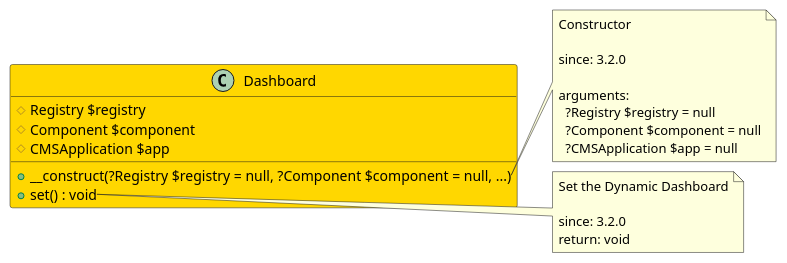
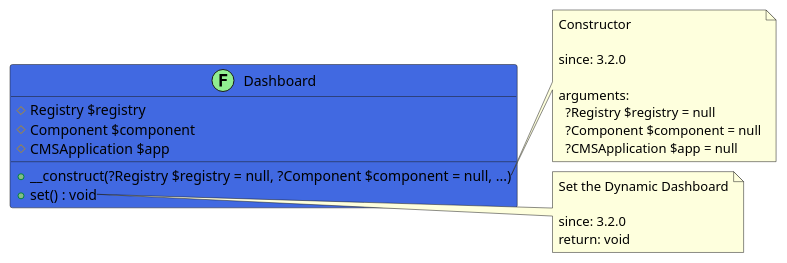
Before and after one commit to joomengine/jcb-compiler: the diagram in src/cfe62a32-8818-4bfb-8751-2f1e109b5336/README.md, drawn with PlantUML. The commit also changed other lines of this file and 725 other files, not shown here.

````diff
--- a/src/cfe62a32-8818-4bfb-8751-2f1e109b5336/README.md
+++ b/src/cfe62a32-8818-4bfb-8751-2f1e109b5336/README.md
@@ -11,30 +11,30 @@
 ```uml
 @startuml
-class Dashboard  #Gold {
+class Dashboard << (F,LightGreen) >> #RoyalBlue {
   # Registry $registry
   # Component $component
   # CMSApplication $app
   + __construct(?Registry $registry = null, ?Component $component = null, ...)
   + set() : void
 }
 
 note right of Dashboard::__construct
   Constructor
 
   since: 3.2.0
   
   arguments:
     ?Registry $registry = null
     ?Component $component = null
     ?CMSApplication $app = null
 end note
 
 note right of Dashboard::set
   Set the Dynamic Dashboard
 
   since: 3.2.0
   return: void
 end note
  
 @enduml
 ```
````
